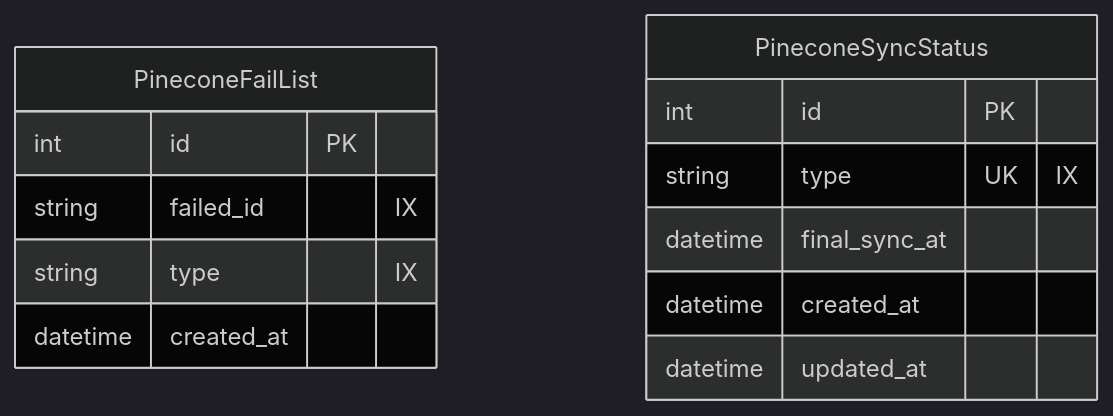
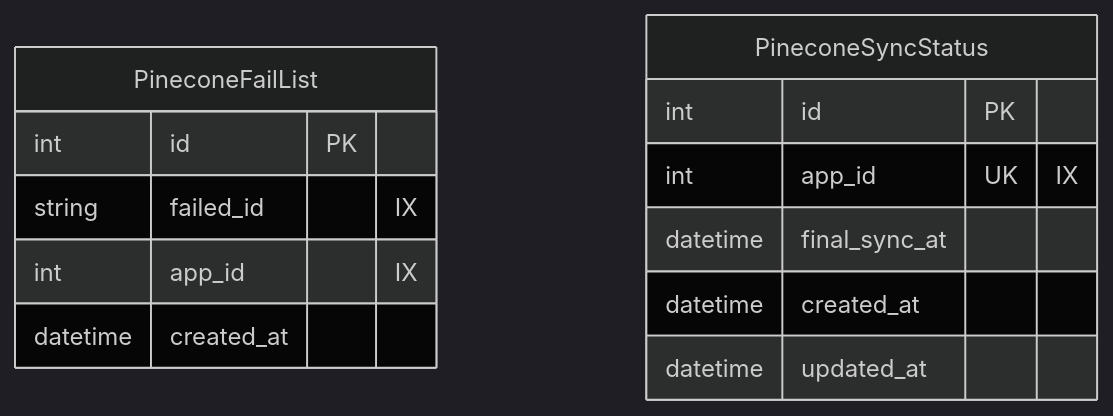
Diagram 12 of 12 in docs/Schema.md (cppalliance/boost-data-collector), drawn with Mermaid (dark theme) before and after one commit. The commit also changed other lines of this file and 6 other files, not shown here.

````diff
--- a/docs/Schema.md
+++ b/docs/Schema.md
@@ -650,17 +650,17 @@
 ```mermaid
 erDiagram
     PineconeFailList {
         int id PK
         string failed_id "IX"
-        string type "IX"
+        int app_id "IX"
         datetime created_at
     }
 
     PineconeSyncStatus {
         int id PK
-        string type UK "IX"
+        int app_id UK "IX"
         datetime final_sync_at
         datetime created_at
         datetime updated_at
     }
 ```
````
